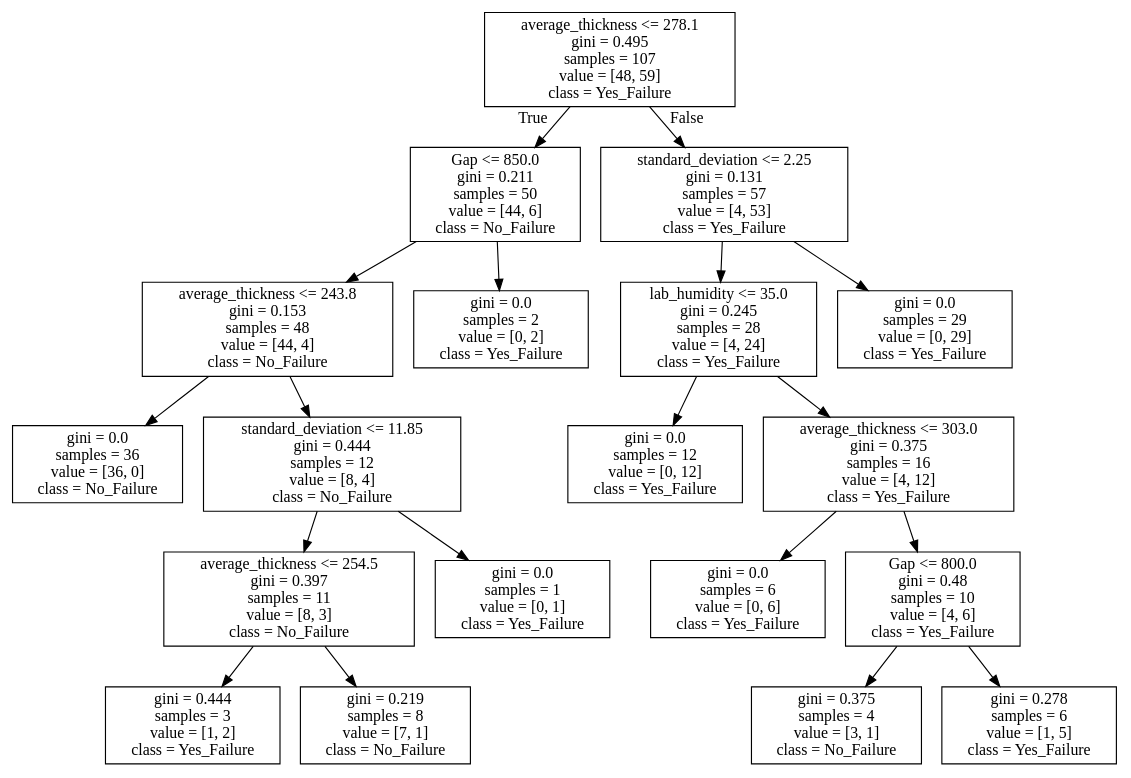
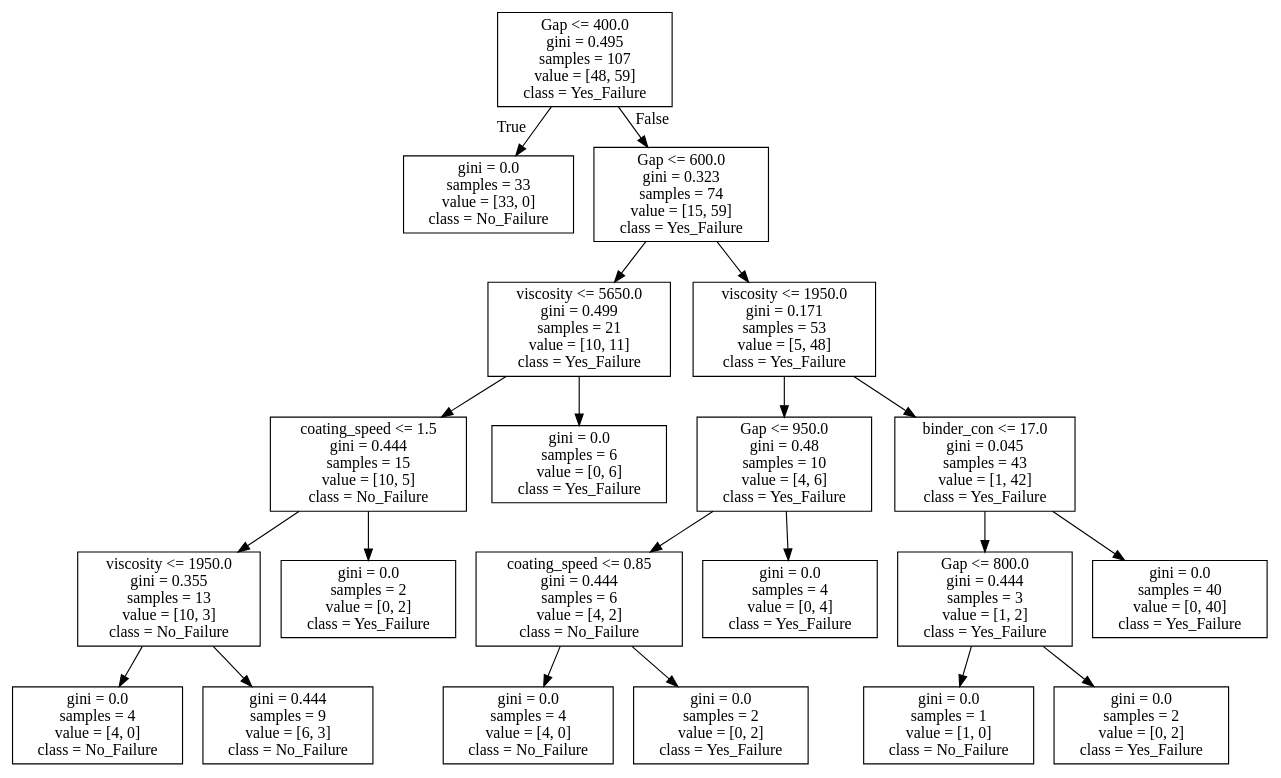
One commit to vkxmfkdl/ceramic_git changed the diagram in 4주차(의사결정트리)/ceramic_decision-tree.dot. Above: the diagram before and after it, drawn with Graphviz. The commit also changed 10 other files, not shown here.

```diff
--- a/4주차(의사결정트리)/ceramic_decision-tree.dot
+++ b/4주차(의사결정트리)/ceramic_decision-tree.dot
@@ -1,40 +1,44 @@
 digraph Tree {
 node [shape=box] ;
-0 [label="average_thickness <= 278.1\ngini = 0.495\nsamples = 107\nvalue = [48, 59]\nclass = Yes_Failure"] ;
-1 [label="Gap <= 850.0\ngini = 0.211\nsamples = 50\nvalue = [44, 6]\nclass = No_Failure"] ;
+0 [label="Gap <= 400.0\ngini = 0.495\nsamples = 107\nvalue = [48, 59]\nclass = Yes_Failure"] ;
+1 [label="gini = 0.0\nsamples = 33\nvalue = [33, 0]\nclass = No_Failure"] ;
 0 -> 1 [labeldistance=2.5, labelangle=45, headlabel="True"] ;
-2 [label="average_thickness <= 243.8\ngini = 0.153\nsamples = 48\nvalue = [44, 4]\nclass = No_Failure"] ;
-1 -> 2 ;
-3 [label="gini = 0.0\nsamples = 36\nvalue = [36, 0]\nclass = No_Failure"] ;
+2 [label="Gap <= 600.0\ngini = 0.323\nsamples = 74\nvalue = [15, 59]\nclass = Yes_Failure"] ;
+0 -> 2 [labeldistance=2.5, labelangle=-45, headlabel="False"] ;
+3 [label="viscosity <= 5650.0\ngini = 0.499\nsamples = 21\nvalue = [10, 11]\nclass = Yes_Failure"] ;
 2 -> 3 ;
-4 [label="standard_deviation <= 11.85\ngini = 0.444\nsamples = 12\nvalue = [8, 4]\nclass = No_Failure"] ;
-2 -> 4 ;
-5 [label="average_thickness <= 254.5\ngini = 0.397\nsamples = 11\nvalue = [8, 3]\nclass = No_Failure"] ;
+4 [label="coating_speed <= 1.5\ngini = 0.444\nsamples = 15\nvalue = [10, 5]\nclass = No_Failure"] ;
+3 -> 4 ;
+5 [label="viscosity <= 1950.0\ngini = 0.355\nsamples = 13\nvalue = [10, 3]\nclass = No_Failure"] ;
 4 -> 5 ;
-6 [label="gini = 0.444\nsamples = 3\nvalue = [1, 2]\nclass = Yes_Failure"] ;
+6 [label="gini = 0.0\nsamples = 4\nvalue = [4, 0]\nclass = No_Failure"] ;
 5 -> 6 ;
-7 [label="gini = 0.219\nsamples = 8\nvalue = [7, 1]\nclass = No_Failure"] ;
+7 [label="gini = 0.444\nsamples = 9\nvalue = [6, 3]\nclass = No_Failure"] ;
 5 -> 7 ;
-8 [label="gini = 0.0\nsamples = 1\nvalue = [0, 1]\nclass = Yes_Failure"] ;
+8 [label="gini = 0.0\nsamples = 2\nvalue = [0, 2]\nclass = Yes_Failure"] ;
 4 -> 8 ;
-9 [label="gini = 0.0\nsamples = 2\nvalue = [0, 2]\nclass = Yes_Failure"] ;
-1 -> 9 ;
-10 [label="standard_deviation <= 2.25\ngini = 0.131\nsamples = 57\nvalue = [4, 53]\nclass = Yes_Failure"] ;
-0 -> 10 [labeldistance=2.5, labelangle=-45, headlabel="False"] ;
-11 [label="lab_humidity <= 35.0\ngini = 0.245\nsamples = 28\nvalue = [4, 24]\nclass = Yes_Failure"] ;
+9 [label="gini = 0.0\nsamples = 6\nvalue = [0, 6]\nclass = Yes_Failure"] ;
+3 -> 9 ;
+10 [label="viscosity <= 1950.0\ngini = 0.171\nsamples = 53\nvalue = [5, 48]\nclass = Yes_Failure"] ;
+2 -> 10 ;
+11 [label="Gap <= 950.0\ngini = 0.48\nsamples = 10\nvalue = [4, 6]\nclass = Yes_Failure"] ;
 10 -> 11 ;
-12 [label="gini = 0.0\nsamples = 12\nvalue = [0, 12]\nclass = Yes_Failure"] ;
+12 [label="coating_speed <= 0.85\ngini = 0.444\nsamples = 6\nvalue = [4, 2]\nclass = No_Failure"] ;
 11 -> 12 ;
-13 [label="average_thickness <= 303.0\ngini = 0.375\nsamples = 16\nvalue = [4, 12]\nclass = Yes_Failure"] ;
-11 -> 13 ;
-14 [label="gini = 0.0\nsamples = 6\nvalue = [0, 6]\nclass = Yes_Failure"] ;
-13 -> 14 ;
-15 [label="Gap <= 800.0\ngini = 0.48\nsamples = 10\nvalue = [4, 6]\nclass = Yes_Failure"] ;
-13 -> 15 ;
-16 [label="gini = 0.375\nsamples = 4\nvalue = [3, 1]\nclass = No_Failure"] ;
-15 -> 16 ;
-17 [label="gini = 0.278\nsamples = 6\nvalue = [1, 5]\nclass = Yes_Failure"] ;
-15 -> 17 ;
-18 [label="gini = 0.0\nsamples = 29\nvalue = [0, 29]\nclass = Yes_Failure"] ;
-10 -> 18 ;
+13 [label="gini = 0.0\nsamples = 4\nvalue = [4, 0]\nclass = No_Failure"] ;
+12 -> 13 ;
+14 [label="gini = 0.0\nsamples = 2\nvalue = [0, 2]\nclass = Yes_Failure"] ;
+12 -> 14 ;
+15 [label="gini = 0.0\nsamples = 4\nvalue = [0, 4]\nclass = Yes_Failure"] ;
+11 -> 15 ;
+16 [label="binder_con <= 17.0\ngini = 0.045\nsamples = 43\nvalue = [1, 42]\nclass = Yes_Failure"] ;
+10 -> 16 ;
+17 [label="Gap <= 800.0\ngini = 0.444\nsamples = 3\nvalue = [1, 2]\nclass = Yes_Failure"] ;
+16 -> 17 ;
+18 [label="gini = 0.0\nsamples = 1\nvalue = [1, 0]\nclass = No_Failure"] ;
+17 -> 18 ;
+19 [label="gini = 0.0\nsamples = 2\nvalue = [0, 2]\nclass = Yes_Failure"] ;
+17 -> 19 ;
+20 [label="gini = 0.0\nsamples = 40\nvalue = [0, 40]\nclass = Yes_Failure"] ;
+16 -> 20 ;
 }
```
